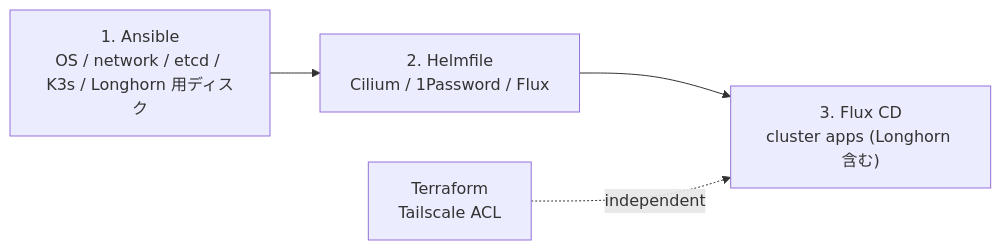
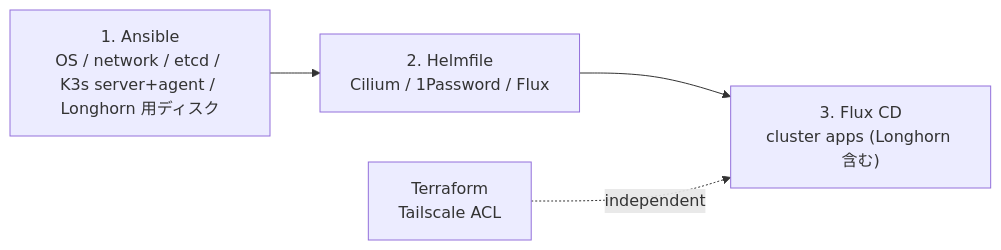
One commit to Soli0222/pke changed the second of 2 diagrams in README.md. Above: the diagram before and after it, drawn with Mermaid. The commit also changed other lines of this file, not shown here.

````diff
--- a/README.md
+++ b/README.md
@@ -47,6 +58,6 @@
 ```mermaid
 flowchart LR
-    A["1. Ansible<br/>OS / network / etcd / K3s / Longhorn 用ディスク"] --> B["2. Helmfile<br/>Cilium / 1Password / Flux"]
+    A["1. Ansible<br/>OS / network / etcd / K3s server+agent / Longhorn 用ディスク"] --> B["2. Helmfile<br/>Cilium / 1Password / Flux"]
     B --> C["3. Flux CD<br/>cluster apps (Longhorn 含む)"]
     D["Terraform<br/>Tailscale ACL"] -. independent .-> C
 ```
````
